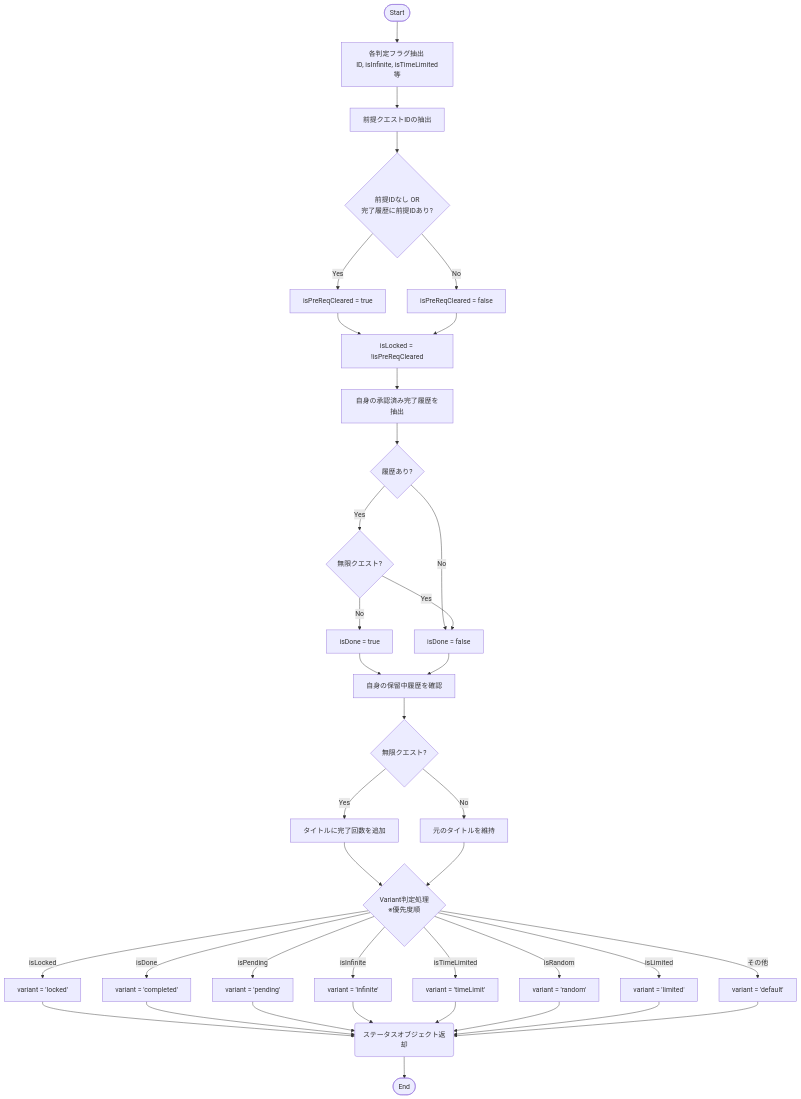
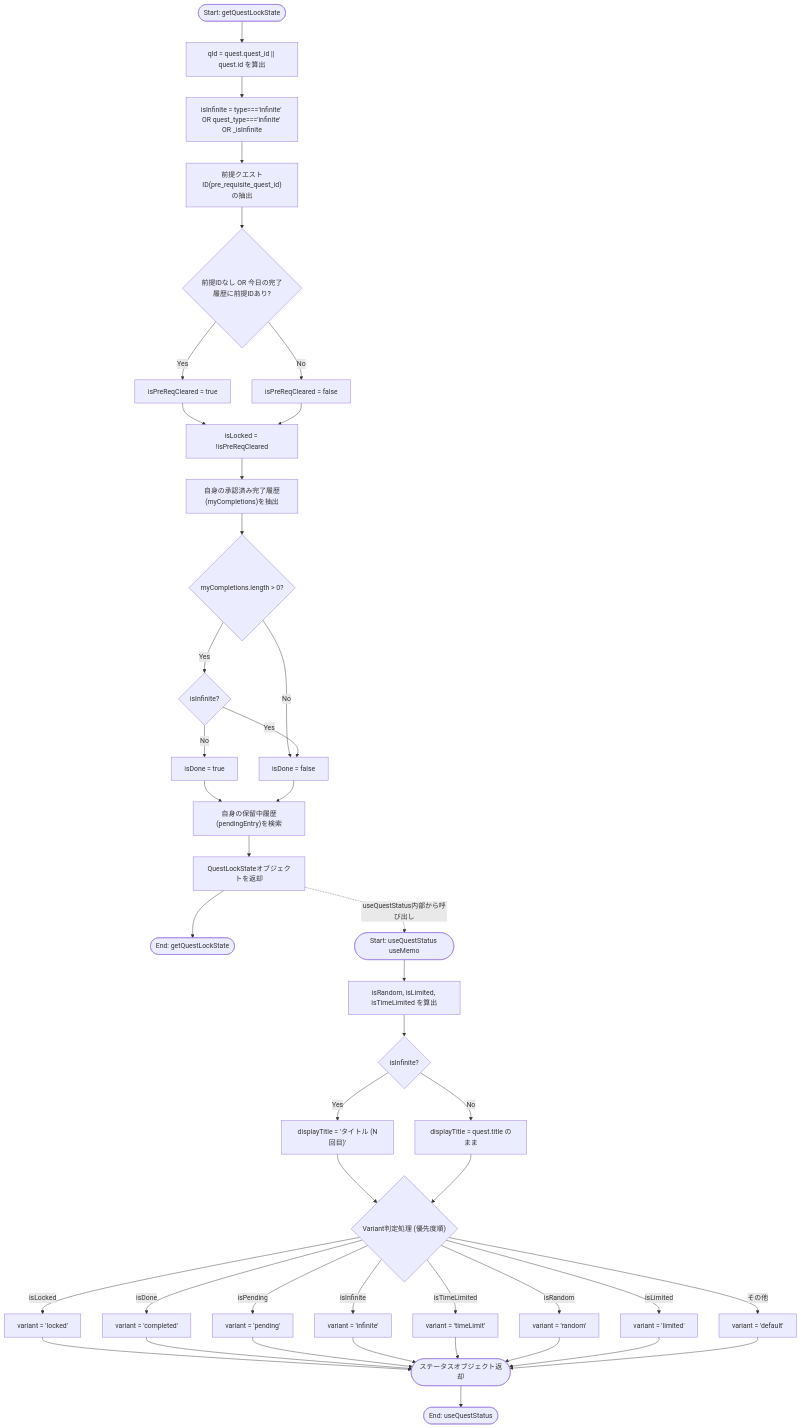
One commit to mmtigers/my_python_project changed the first of 2 diagrams in docs/specifications/family-quest/src/features/quest/hooks/useQuestStatus.md. Above: the diagram before and after it, drawn with Mermaid. The commit also changed other lines of this file and 4 other files, not shown here.

````diff
--- a/docs/specifications/family-quest/src/features/quest/hooks/useQuestStatus.md
+++ b/docs/specifications/family-quest/src/features/quest/hooks/useQuestStatus.md
@@ -59,42 +98,47 @@
 ```mermaid
 flowchart TD
-    Start([Start]) --> ExtractFlags[各判定フラグ抽出 \n ID, isInfinite, isTimeLimited 等]
-    ExtractFlags --> CheckPreReq[前提クエストIDの抽出]
-    CheckPreReq --> PreReqCond{前提IDなし OR \n 完了履歴に前提IDあり?}
-    PreReqCond -- Yes --> PreReqClear[isPreReqCleared = true]
-    PreReqCond -- No --> PreReqNotClear[isPreReqCleared = false]
-    PreReqClear --> SetLockedStatus[isLocked = !isPreReqCleared]
+    Start([Start: getQuestLockState]) --> ExtractQId["qId = quest.quest_id || quest.id を算出"]
+    ExtractQId --> ExtractInfinite["isInfinite = type==='infinite' OR quest_type==='infinite' OR _isInfinite"]
+    ExtractInfinite --> CheckPreReq["前提クエストID(pre_requisite_quest_id)の抽出"]
+    CheckPreReq --> PreReqCond{"前提IDなし OR 今日の完了履歴に前提IDあり?"}
+    PreReqCond -- Yes --> PreReqClear["isPreReqCleared = true"]
+    PreReqCond -- No --> PreReqNotClear["isPreReqCleared = false"]
+    PreReqClear --> SetLockedStatus["isLocked = !isPreReqCleared"]
     PreReqNotClear --> SetLockedStatus
-    SetLockedStatus --> FilterMyComp[自身の承認済み完了履歴を抽出]
-    FilterMyComp --> CheckDone{履歴あり?}
-    CheckDone -- Yes --> CheckInfForDone{無限クエスト?}
-    CheckDone -- No --> SetNotDone[isDone = false]
+    SetLockedStatus --> FilterMyComp["自身の承認済み完了履歴(myCompletions)を抽出"]
+    FilterMyComp --> CheckDone{"myCompletions.length > 0?"}
+    CheckDone -- Yes --> CheckInfForDone{"isInfinite?"}
+    CheckDone -- No --> SetNotDone["isDone = false"]
     CheckInfForDone -- Yes --> SetNotDone
-    CheckInfForDone -- No --> SetDone[isDone = true]
-    SetDone --> FilterPending[自身の保留中履歴を確認]
+    CheckInfForDone -- No --> SetDone["isDone = true"]
+    SetDone --> FilterPending["自身の保留中履歴(pendingEntry)を検索"]
     SetNotDone --> FilterPending
-    FilterPending --> CheckInfTitle{無限クエスト?}
-    CheckInfTitle -- Yes --> FormatTitle[タイトルに完了回数を追加]
-    CheckInfTitle -- No --> KeepTitle[元のタイトルを維持]
+    FilterPending --> ReturnLockState["QuestLockStateオブジェクトを返却"] --> EndLockState([End: getQuestLockState])
+
+    ReturnLockState -.->|"useQuestStatus内部から呼び出し"| Start2([Start: useQuestStatus useMemo])
+    Start2 --> DeriveFlags["isRandom, isLimited, isTimeLimited を算出"]
+    DeriveFlags --> CheckInfTitle{"isInfinite?"}
+    CheckInfTitle -- Yes --> FormatTitle["displayTitle = 'タイトル (N回目)'"]
+    CheckInfTitle -- No --> KeepTitle["displayTitle = quest.title のまま"]
     FormatTitle --> DetVariant
     KeepTitle --> DetVariant
-    DetVariant{Variant判定処理 \n ※優先度順}
+    DetVariant{"Variant判定処理 (優先度順)"}
     DetVariant --> |isLocked| VarLocked["variant = 'locked'"]
     DetVariant --> |isDone| VarDone["variant = 'completed'"]
     DetVariant --> |isPending| VarPending["variant = 'pending'"]
     DetVariant --> |isInfinite| VarInf["variant = 'infinite'"]
     DetVariant --> |isTimeLimited| VarTL["variant = 'timeLimit'"]
     DetVariant --> |isRandom| VarRand["variant = 'random'"]
     DetVariant --> |isLimited| VarLim["variant = 'limited'"]
     DetVariant --> |その他| VarDef["variant = 'default'"]
-    VarLocked --> ReturnStatus(ステータスオブジェクト返却)
+    VarLocked --> ReturnStatus(["ステータスオブジェクト返却"])
     VarDone --> ReturnStatus
     VarPending --> ReturnStatus
     VarInf --> ReturnStatus
     VarTL --> ReturnStatus
     VarRand --> ReturnStatus
     VarLim --> ReturnStatus
     VarDef --> ReturnStatus
-    ReturnStatus --> End([End])
+    ReturnStatus --> End([End: useQuestStatus])
 
 ```
````
